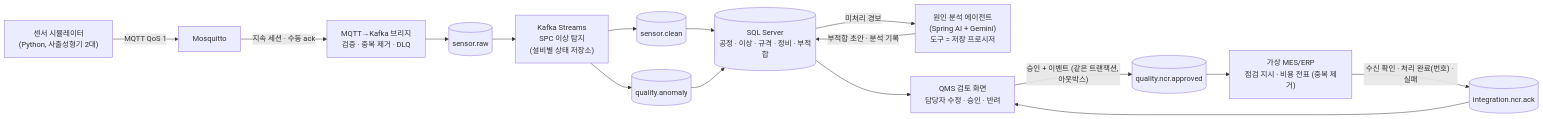
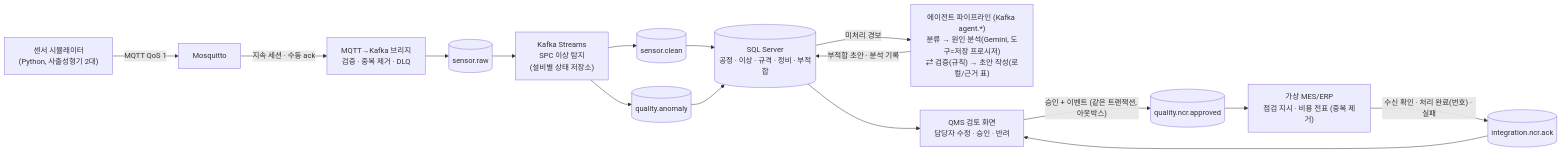
Before and after one commit to choiminjeong0623/qualiguard-agent: the diagram in README.md, drawn with Mermaid. The commit also changed other lines of this file and 32 other files, not shown here.

First line of the commit message:
feat(agent): 역할 분리형 에이전트 파이프라인 2단계 — 분류·오케스트레이터·보고서 작성, Kafka 연결

````diff
--- a/README.md
+++ b/README.md
@@ -55,16 +56,16 @@
 ```mermaid
 flowchart LR
     SIM["센서 시뮬레이터<br/>(Python, 사출성형기 2대)"] -- "MQTT QoS 1" --> MQ["Mosquitto"]
     MQ -- "지속 세션 · 수동 ack" --> BR["MQTT→Kafka 브리지<br/>검증 · 중복 제거 · DLQ"]
     BR --> RAW[("sensor.raw")]
     RAW --> SPC["Kafka Streams<br/>SPC 이상 탐지<br/>(설비별 상태 저장소)"]
     SPC --> CLEAN[("sensor.clean")]
     SPC --> ANO[("quality.anomaly")]
     CLEAN --> DB[("SQL Server<br/>공정 · 이상 · 규격 · 정비 · 부적합")]
     ANO --> DB
-    DB -- "미처리 경보" --> AG["원인 분석 에이전트<br/>(Spring AI + Gemini)<br/>도구 = 저장 프로시저"]
+    DB -- "미처리 경보" --> AG["에이전트 파이프라인 (Kafka agent.*)<br/>분류 → 원인 분석(Gemini, 도구=저장 프로시저)<br/>⇄ 검증(규칙) → 초안 작성(로컬/근거 표)"]
     AG -- "부적합 초안 · 분석 기록" --> DB
     DB --> QMS["QMS 검토 화면<br/>담당자 수정 · 승인 · 반려"]
     QMS -- "승인 + 이벤트 (같은 트랜잭션, 아웃박스)" --> APR[("quality.ncr.approved")] --> MES["가상 MES/ERP<br/>점검 지시 · 비용 전표 (중복 제거)"]
     MES -- "수신 확인 · 처리 완료(번호) · 실패" --> ACK[("integration.ncr.ack")] --> QMS
 ```
````
